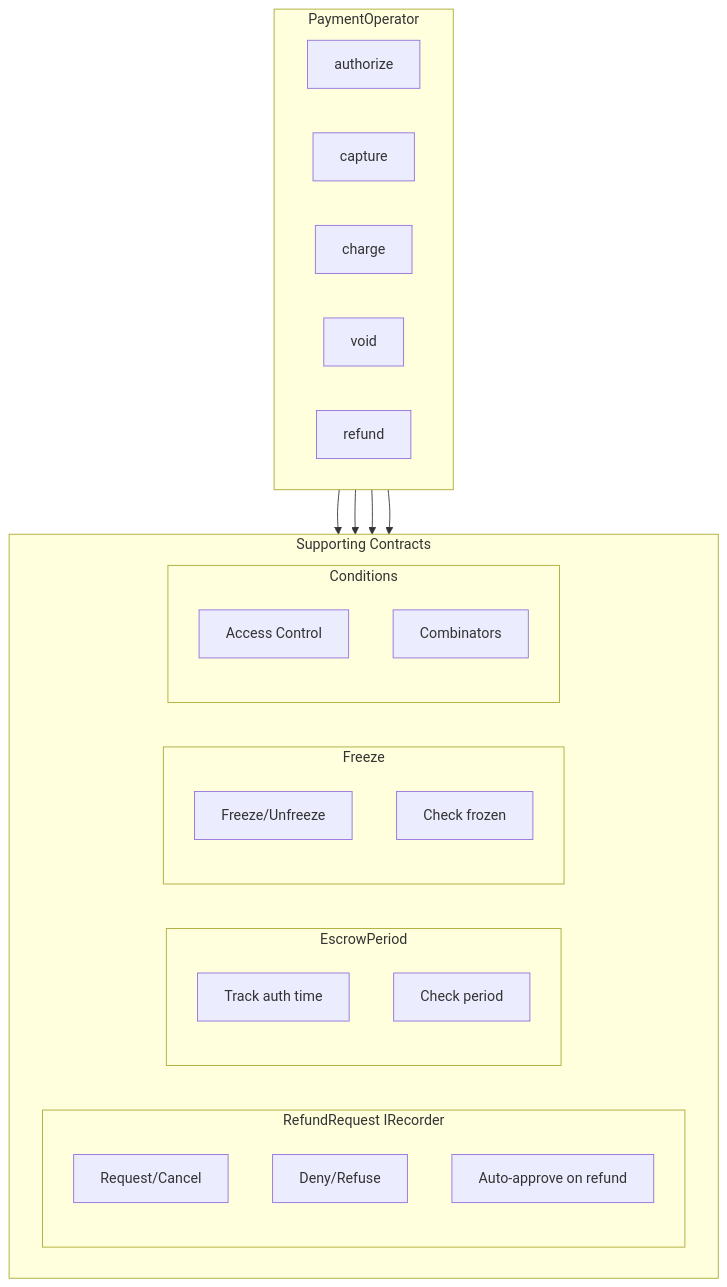
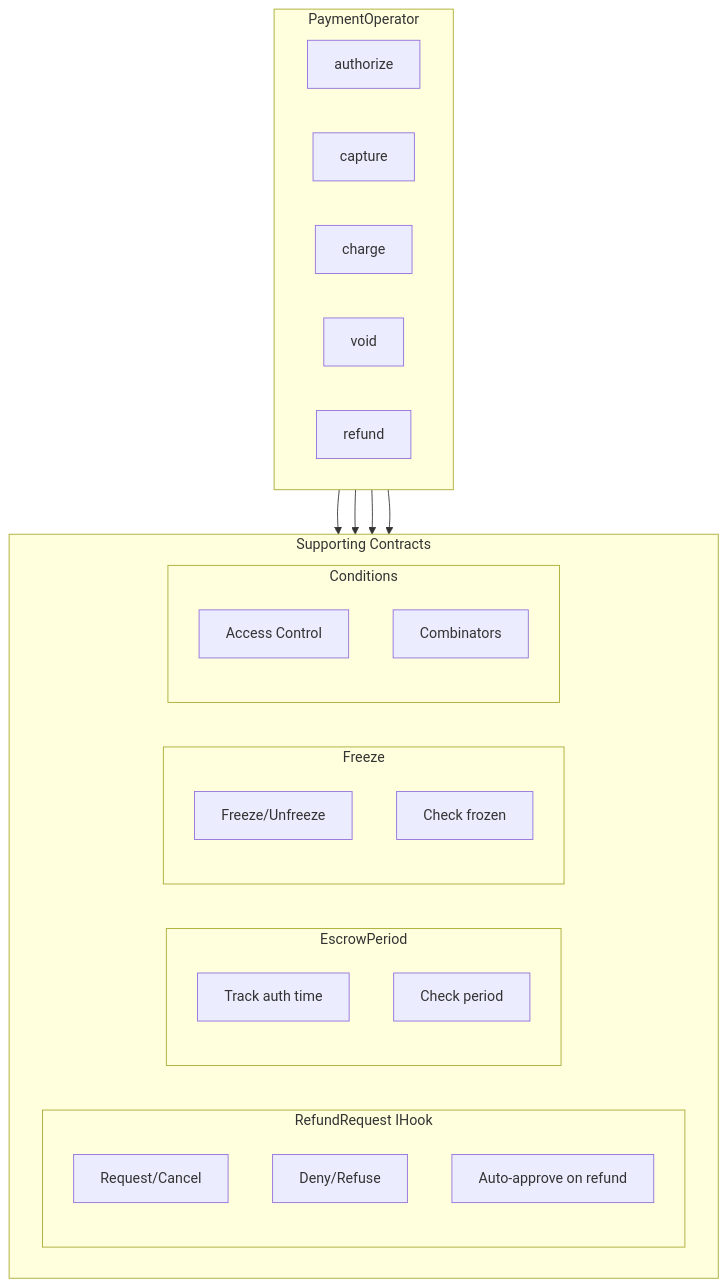
One commit to BackTrackCo/docs changed the third of 3 diagrams in sdk/concepts.mdx. Above: the diagram before and after it, drawn with Mermaid. The commit also changed other lines of this file and 51 other files, not shown here.

````diff
--- a/sdk/concepts.mdx
+++ b/sdk/concepts.mdx
@@ -163,37 +163,37 @@
 ```mermaid
 flowchart TB
     subgraph PO[PaymentOperator]
         direction LR
         auth[authorize]
         cap[capture]
         chg[charge]
         v[void]
         refp[refund]
     end
 
     subgraph Components[Supporting Contracts]
         direction LR
-        subgraph RR[RefundRequest IRecorder]
+        subgraph RR[RefundRequest IHook]
             rr1[Request/Cancel]
             rr2[Deny/Refuse]
             rr3[Auto-approve on refund]
         end
         subgraph EP[EscrowPeriod]
             ep1[Track auth time]
             ep2[Check period]
         end
         subgraph FR[Freeze]
             fr1[Freeze/Unfreeze]
             fr2[Check frozen]
         end
         subgraph Cond[Conditions]
             c1[Access Control]
             c2[Combinators]
         end
     end
 
     PO --> RR
     PO --> EP
     PO --> FR
     PO --> Cond
 ```
````
